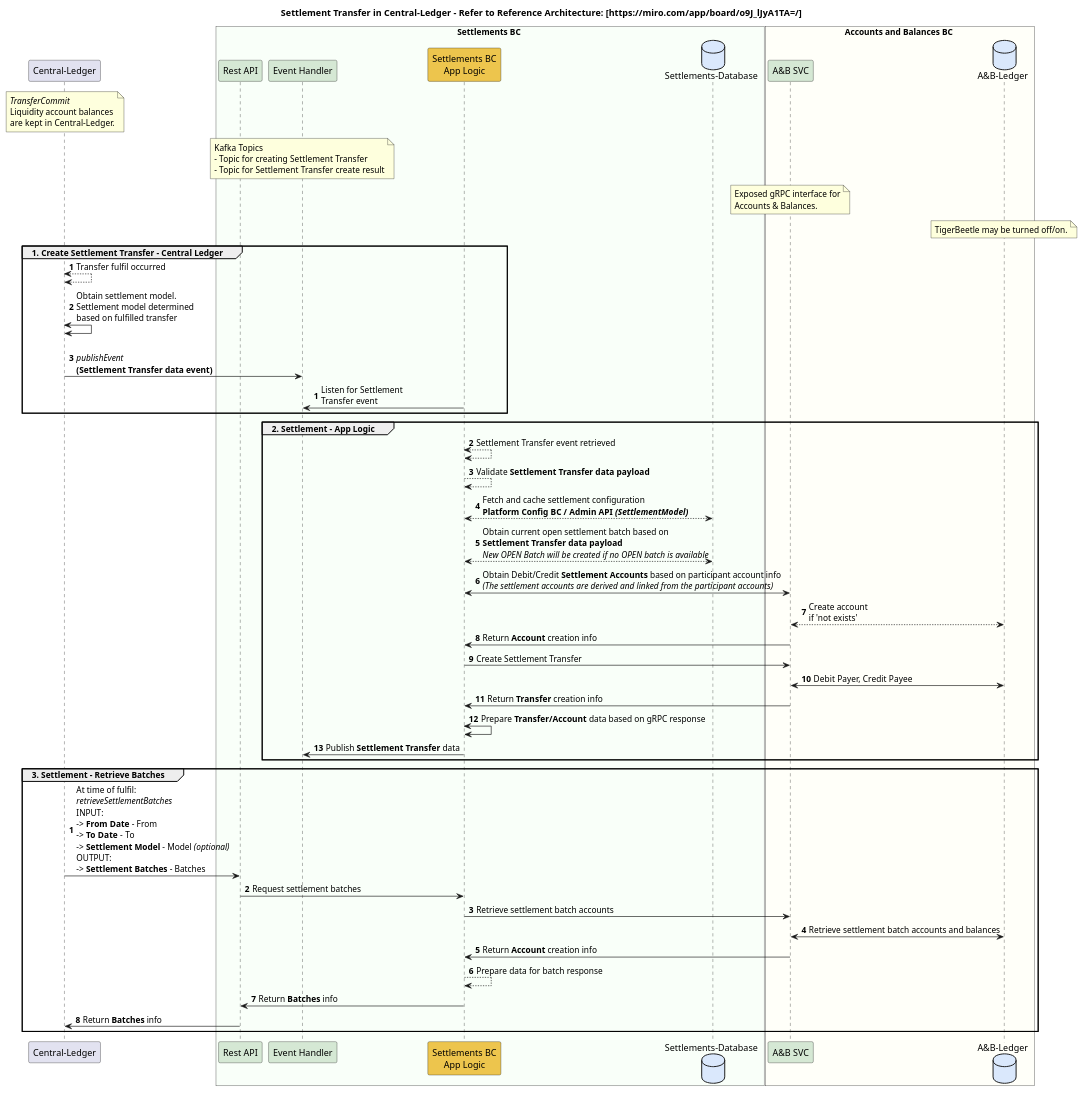
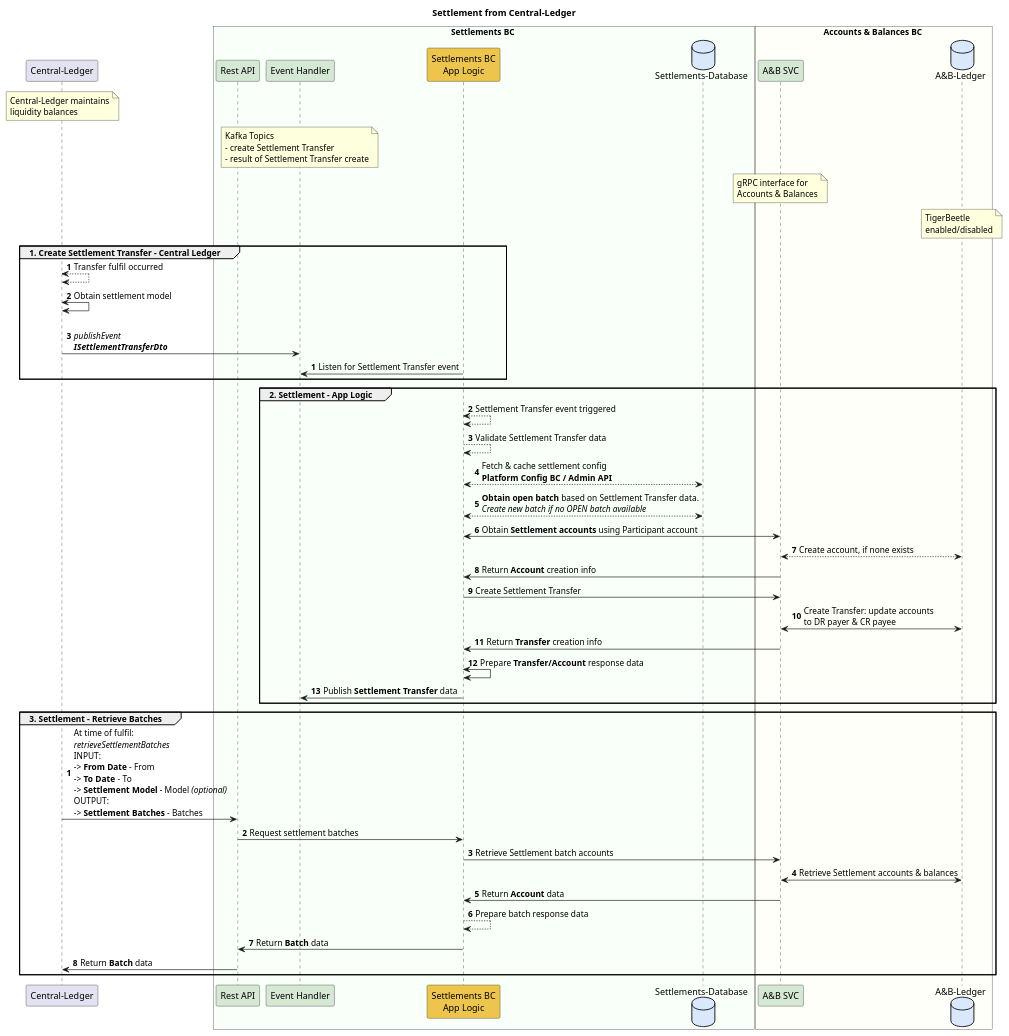
Before and after one commit to mojaloop/settlements-bc: the diagram in docs/flows/01-settlement-transfer-cl.puml, drawn with PlantUML. The commit also changed 8 other files, not shown here.

```diff
--- a/docs/flows/01-settlement-transfer-cl.puml
+++ b/docs/flows/01-settlement-transfer-cl.puml
@@ -1,74 +1,74 @@
 @startuml
 
-title Settlement Transfer in Central-Ledger - Refer to Reference Architecture: [https://miro.com/app/board/o9J_lJyA1TA=/]
+title Settlement from Central-Ledger
 
 participant "Central-Ledger" as ext_cl
 note over ext_cl
-    //TransferCommit//
-    Liquidity account balances
-    are kept in Central-Ledger.
+    Central-Ledger maintains
+    liquidity balances
 end note
 
 box Settlements BC #F9FFF9
     participant "Rest API" as sbc_rest #D5E8D4
     participant "Event Handler" as sbc_event #D5E8D4
     note over sbc_event
         Kafka Topics
-        - Topic for creating Settlement Transfer
-        - Topic for Settlement Transfer create result
+        - create Settlement Transfer
+        - result of Settlement Transfer create
     end note
     participant "Settlements BC\nApp Logic" as sbc_app_logic #EDC54D
     database "Settlements-Database" as sbc_db #DAE8FC
 end box
 
-box Accounts and Balances BC #FFFFF9
+box Accounts & Balances BC #FFFFF9
     participant "A&B SVC" as abbc_grpc #D5E8D4
     database "A&B-Ledger" as abbc_tigerbeetle #DAE8FC
     note over abbc_grpc
-        Exposed gRPC interface for
-        Accounts & Balances.
+        gRPC interface for
+        Accounts & Balances
     end note
     note over abbc_tigerbeetle
-        TigerBeetle may be turned off/on.
+        TigerBeetle 
+        enabled/disabled
     end note
 end box
 
 group 1. Create Settlement Transfer - Central Ledger
 autonumber
     ext_cl <--> ext_cl : Transfer fulfil occurred
-    ext_cl <-> ext_cl : Obtain settlement model.\nSettlement model determined \nbased on fulfilled transfer
-    ext_cl -> sbc_event : \n//publishEvent// \n**(Settlement Transfer data event)**
+    ext_cl <-> ext_cl : Obtain settlement model
+    ext_cl -> sbc_event : \n//publishEvent//\n**//ISettlementTransferDto//**
 autonumber
-    sbc_app_logic -> sbc_event : Listen for Settlement\nTransfer event
+    sbc_app_logic -> sbc_event : Listen for Settlement Transfer event
 end
 
 group 2. Settlement - App Logic
-    sbc_app_logic <--> sbc_app_logic: Settlement Transfer event retrieved
-    sbc_app_logic --> sbc_app_logic : Validate **Settlement Transfer data payload**
-    sbc_app_logic <--> sbc_db : Fetch and cache settlement configuration\n**Platform Config BC / Admin API //(SettlementModel)//**
-    sbc_app_logic <--> sbc_db : Obtain current open settlement batch based on \n**Settlement Transfer data payload**\n//New OPEN Batch will be created if no OPEN batch is available//
-    sbc_app_logic <-> abbc_grpc : Obtain Debit/Credit **Settlement Accounts** based on participant account info\n//(The settlement accounts are derived and linked from the participant accounts)//
-    abbc_grpc <--> abbc_tigerbeetle : Create account \nif 'not exists'
+    sbc_app_logic <--> sbc_app_logic: Settlement Transfer event triggered
+    sbc_app_logic --> sbc_app_logic : Validate Settlement Transfer data
+    sbc_app_logic <--> sbc_db : Fetch & cache settlement config\n**Platform Config BC / Admin API**
+    sbc_app_logic <--> sbc_db : **Obtain open batch** based on Settlement Transfer data.\n//Create new batch if no OPEN batch available//
+    sbc_app_logic <-> abbc_grpc : Obtain **Settlement accounts** using Participant account
+    abbc_grpc <--> abbc_tigerbeetle : Create account, if none exists
     abbc_grpc -> sbc_app_logic : Return **Account** creation info
     sbc_app_logic -> abbc_grpc: Create Settlement Transfer
-    abbc_grpc <-> abbc_tigerbeetle: Debit Payer, Credit Payee
+    abbc_grpc <-> abbc_tigerbeetle: Create Transfer: update accounts \nto DR payer & CR payee
     abbc_grpc -> sbc_app_logic : Return **Transfer** creation info
-    sbc_app_logic <-> sbc_app_logic: Prepare **Transfer/Account** data based on gRPC response
+    sbc_app_logic <-> sbc_app_logic: Prepare **Transfer/Account** response data
     sbc_app_logic -> sbc_event : Publish **Settlement Transfer** data
 end
 
 group 3. Settlement - Retrieve Batches
 autonumber
     ext_cl -> sbc_rest : At time of fulfil:\n//retrieveSettlementBatches// \nINPUT:\n-> **From Date** - From\n-> **To Date** - To\n-> **Settlement Model** - Model //(optional)//\nOUTPUT:\n-> **Settlement Batches** - Batches
     sbc_rest -> sbc_app_logic : Request settlement batches
-    sbc_app_logic -> abbc_grpc : Retrieve settlement batch accounts
-    abbc_grpc <-> abbc_tigerbeetle : Retrieve settlement batch accounts and balances
-    abbc_grpc -> sbc_app_logic : Return **Account** creation info
-    sbc_app_logic --> sbc_app_logic : Prepare data for batch response
-    sbc_app_logic -> sbc_rest : Return **Batches** info
-    sbc_rest -> ext_cl : Return **Batches** info
+    sbc_app_logic -> abbc_grpc : Retrieve Settlement batch accounts
+    abbc_grpc <-> abbc_tigerbeetle : Retrieve Settlement accounts & balances
+    abbc_grpc -> sbc_app_logic : Return **Account** data
+    sbc_app_logic --> sbc_app_logic : Prepare batch response data
+    sbc_app_logic -> sbc_rest : Return **Batch** data
+    sbc_rest -> ext_cl : Return **Batch** data
 autonumber
 
 end
 
 @enduml
```
